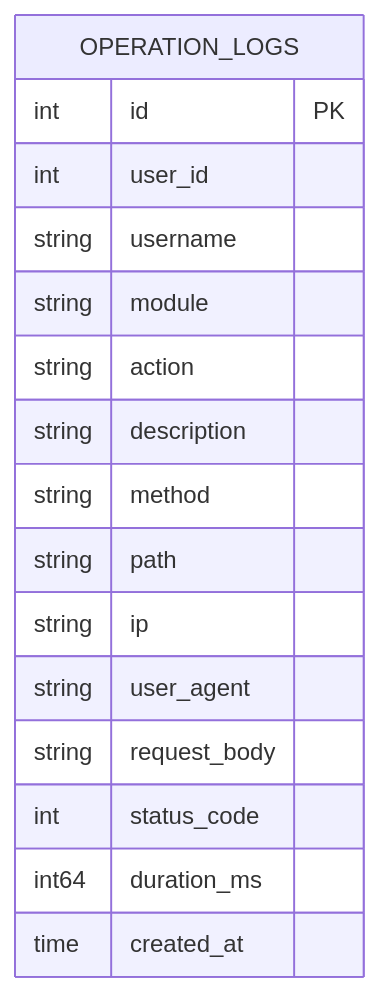
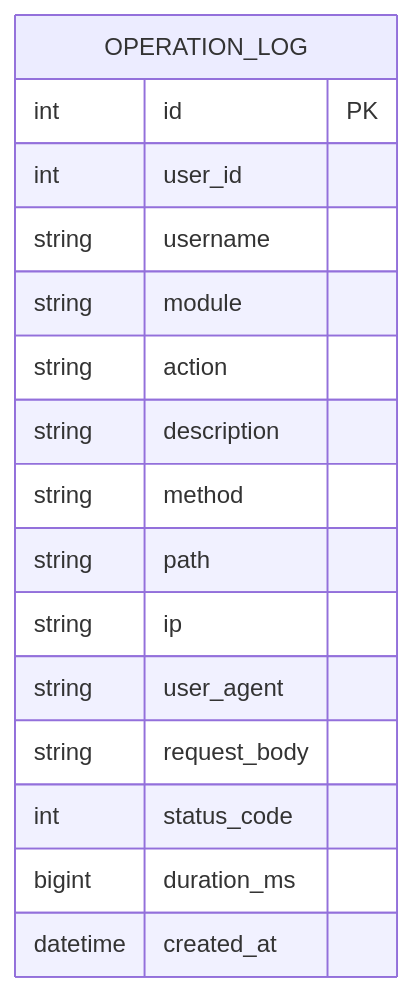
Before and after one commit to wuwuseo/e-sports-go-admin: the ninth of 12 diagrams in .qoder/repowiki/zh/content/数据库设计/数据库设计.md, drawn with Mermaid. The commit also changed other lines of this file and 115 other files, not shown here.

````diff
--- a/.qoder/repowiki/zh/content/数据库设计/数据库设计.md
+++ b/.qoder/repowiki/zh/content/数据库设计/数据库设计.md
@@ -360,19 +413,19 @@
 ```mermaid
 erDiagram
-OPERATION_LOGS {
+OPERATION_LOG {
 int id PK
 int user_id
 string username
 string module
 string action
 string description
 string method
 string path
 string ip
 string user_agent
 string request_body
 int status_code
-int64 duration_ms
-time created_at
+bigint duration_ms
+datetime created_at
 }
 ```
````
